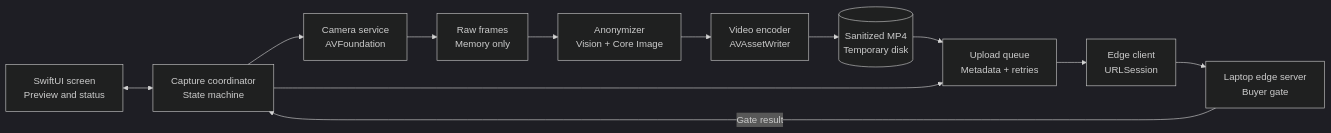
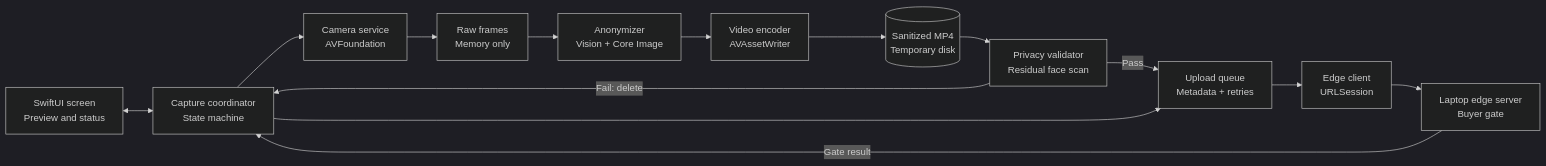
The diagram in ios/ARCHITECTURE.md (JamesOng-hub-2/agi-house-capture), drawn with Mermaid (dark theme) before and after one commit. The commit also changed other lines of this file and 20 other files, not shown here.

````diff
--- a/ios/ARCHITECTURE.md
+++ b/ios/ARCHITECTURE.md
@@ -3,25 +3,28 @@
 ```mermaid
 flowchart LR
     UI["SwiftUI screen<br/>Preview and status"]
     VM["Capture coordinator<br/>State machine"]
     Camera["Camera service<br/>AVFoundation"]
     Memory["Raw frames<br/>Memory only"]
     Privacy["Anonymizer<br/>Vision + Core Image"]
     Encoder["Video encoder<br/>AVAssetWriter"]
     Disk[("Sanitized MP4<br/>Temporary disk")]
+    Validator["Privacy validator<br/>Residual face scan"]
     Queue["Upload queue<br/>Metadata + retries"]
     Client["Edge client<br/>URLSession"]
     Laptop["Laptop edge server<br/>Buyer gate"]
 
     UI <--> VM
     VM --> Camera
     Camera --> Memory
     Memory --> Privacy
     Privacy --> Encoder
     Encoder --> Disk
-    Disk --> Queue
+    Disk --> Validator
+    Validator -->|"Pass"| Queue
+    Validator -->|"Fail: delete"| VM
     VM --> Queue
     Queue --> Client
     Client --> Laptop
     Laptop -->|"Gate result"| VM
 ```
````
